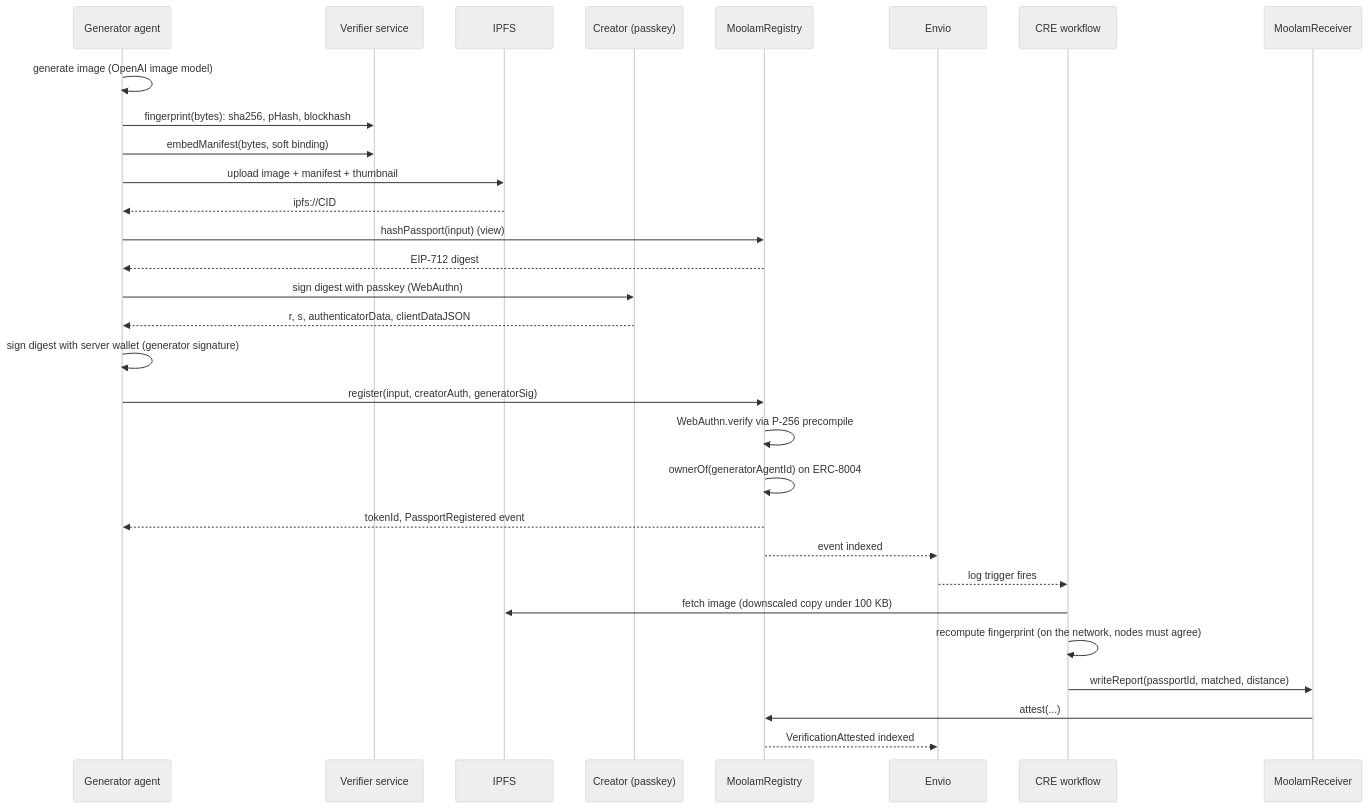
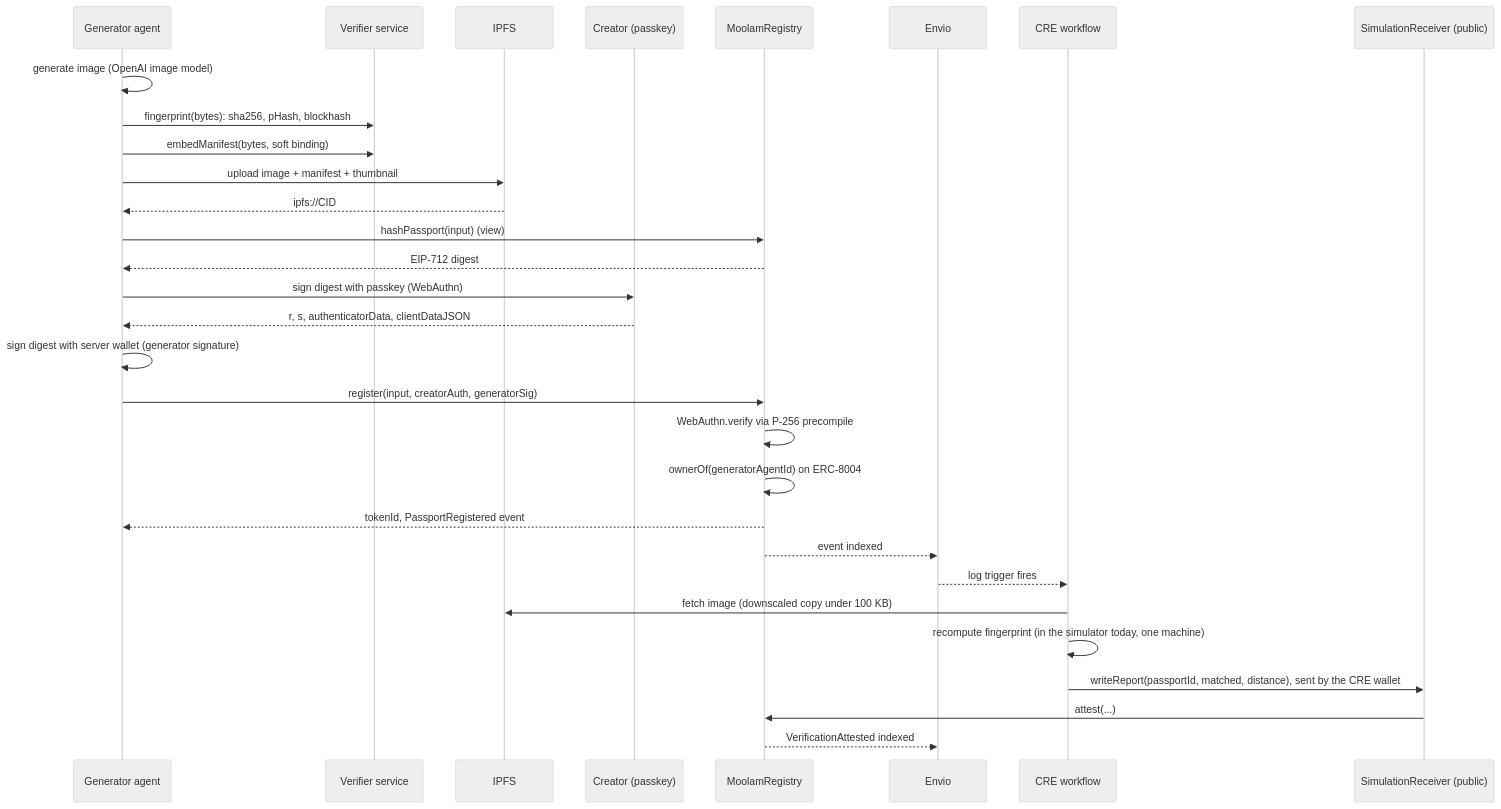
The second of 3 diagrams in README.md (ramakrishnanhulk20/Moolam), drawn with Mermaid (neutral theme) before and after one commit. The commit also changed other lines of this file and 14 other files, not shown here.

````diff
--- a/README.md
+++ b/README.md
@@ -351,33 +356,33 @@
 ```mermaid
 sequenceDiagram
     participant A as Generator agent
     participant S as Verifier service
     participant F as IPFS
     participant C as Creator (passkey)
     participant R as MoolamRegistry
     participant X as Envio
     participant W as CRE workflow
-    participant RC as MoolamReceiver
+    participant RC as SimulationReceiver (public)
 
     A->>A: generate image (OpenAI image model)
     A->>S: fingerprint(bytes): sha256, pHash, blockhash
     A->>S: embedManifest(bytes, soft binding)
     A->>F: upload image + manifest + thumbnail
     F-->>A: ipfs://CID
     A->>R: hashPassport(input) (view)
     R-->>A: EIP-712 digest
     A->>C: sign digest with passkey (WebAuthn)
     C-->>A: r, s, authenticatorData, clientDataJSON
     A->>A: sign digest with server wallet (generator signature)
     A->>R: register(input, creatorAuth, generatorSig)
     R->>R: WebAuthn.verify via P-256 precompile
     R->>R: ownerOf(generatorAgentId) on ERC-8004
     R-->>A: tokenId, PassportRegistered event
     R-->>X: event indexed
     X-->>W: log trigger fires
     W->>F: fetch image (downscaled copy under 100 KB)
-    W->>W: recompute fingerprint (on the network, nodes must agree)
-    W->>RC: writeReport(passportId, matched, distance)
+    W->>W: recompute fingerprint (in the simulator today, one machine)
+    W->>RC: writeReport(passportId, matched, distance), sent by the CRE wallet
     RC->>R: attest(...)
     R-->>X: VerificationAttested indexed
 ```
````
